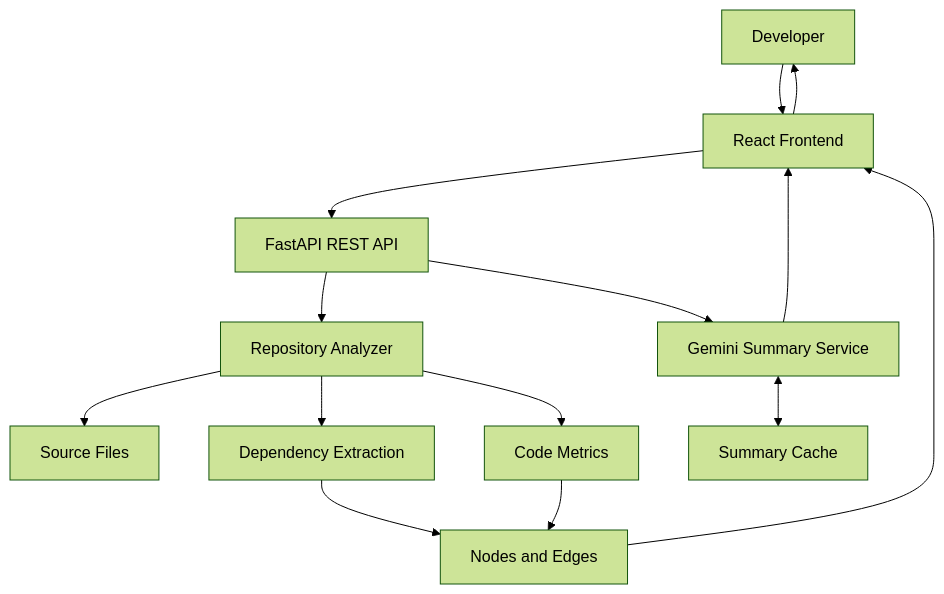
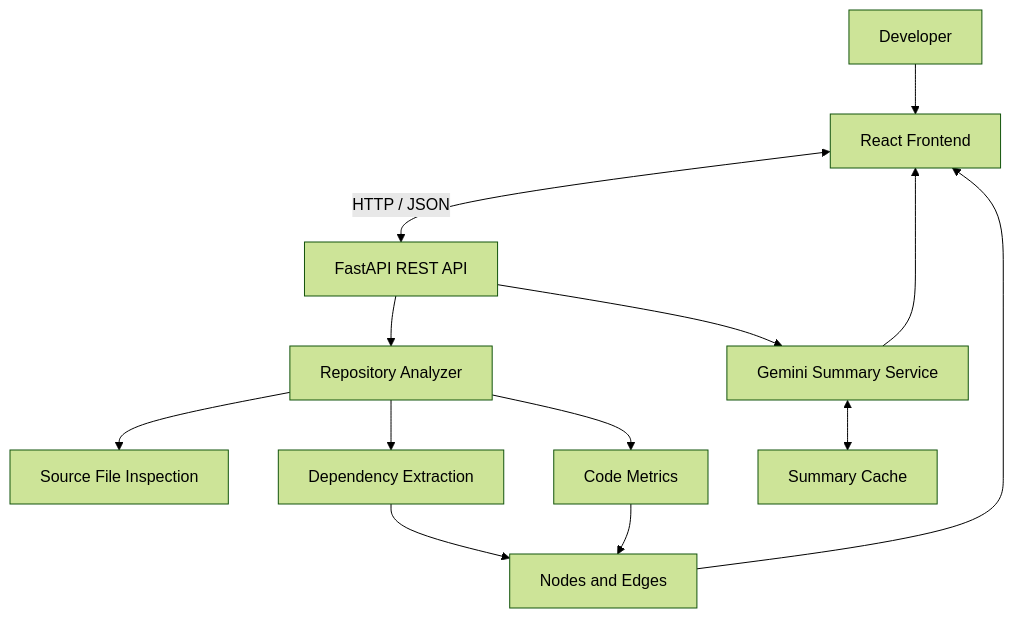
One commit to Muzammil-msk/Repository-Structure-Analysis-and-Visualisation-System changed the diagram in README.md. Above: the diagram before and after it, drawn with Mermaid (forest theme). The commit also changed other lines of this file, not shown here.

````diff
--- a/README.md
+++ b/README.md
@@ -104,20 +99,18 @@
 ```mermaid
 flowchart TD
     U["Developer"] --> FE["React Frontend"]
-    FE --> API["FastAPI REST API"]
+    FE <-->|"HTTP / JSON"| API["FastAPI REST API"]
 
     API --> RA["Repository Analyzer"]
-    RA --> SRC["Source Files"]
+    RA --> SRC["Source File Inspection"]
     RA --> DEP["Dependency Extraction"]
     RA --> MET["Code Metrics"]
 
     DEP --> GRAPH["Nodes and Edges"]
     MET --> GRAPH
+    GRAPH --> FE
 
     API --> AI["Gemini Summary Service"]
     AI <--> CACHE["Summary Cache"]
-
-    GRAPH --> FE
     AI --> FE
-    FE --> U
 ```
````
